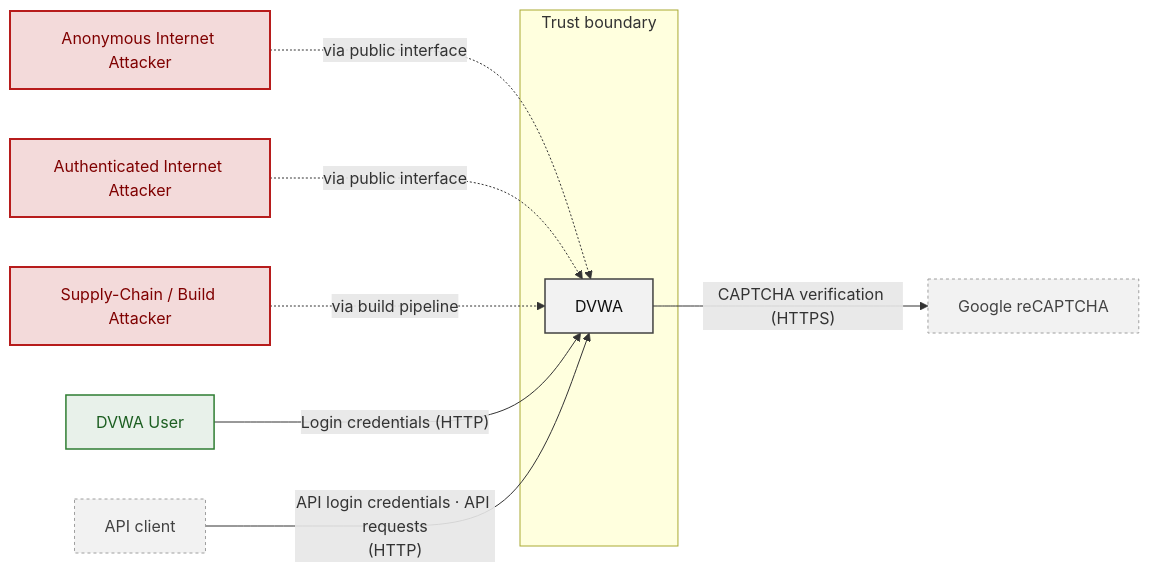
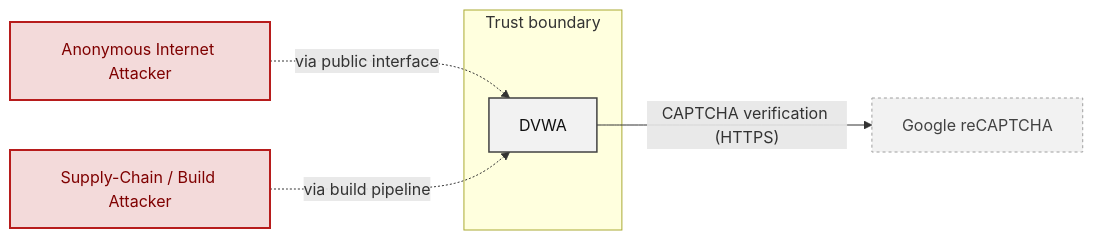
The second of 15 diagrams in dvwa/security-assessment-dvwa-thorough-0.1.0.md (appsec-foundry/appsec-analyzer-examples), drawn with Mermaid before and after one commit. The commit also changed other lines of this file and 7 other files, not shown here.

````diff
--- a/dvwa/security-assessment-dvwa-thorough-0.1.0.md
+++ b/dvwa/security-assessment-dvwa-thorough-0.1.0.md
@@ -294,29 +318,19 @@
 ```mermaid
 flowchart LR
     A0["Anonymous Internet Attacker"]
-    A1["Authenticated Internet Attacker"]
-    A2["Supply-Chain / Build Attacker"]
-    R3["DVWA User"]
+    A1["Supply-Chain / Build Attacker"]
     subgraph TBEDGE["Trust boundary"]
         SYSTEM["DVWA"]
     end
-    E0["API client"]
-    E1["Google reCAPTCHA"]
+    E0["Google reCAPTCHA"]
     A0 -.->|"via public interface"| SYSTEM
-    A1 -.->|"via public interface"| SYSTEM
-    A2 -.->|"via build pipeline"| SYSTEM
-    R3 -->|"Login credentials (HTTP)"| SYSTEM
-    E0 -->|"API login credentials · API requests<br/>(HTTP)"| SYSTEM
-    SYSTEM -->|"CAPTCHA verification (HTTPS)"| E1
-    classDef user     fill:#e8f1ea,stroke:#2e7d32,color:#1b5e20,stroke-width:1.5px
+    A1 -.->|"via build pipeline"| SYSTEM
+    SYSTEM -->|"CAPTCHA verification (HTTPS)"| E0
     classDef attacker fill:#f3dada,stroke:#b71c1c,color:#7f0000,stroke-width:2px
     classDef sys      fill:#f2f2f2,stroke:#424242,color:#111,stroke-width:1.5px
     classDef ext      fill:#f2f2f2,stroke:#9e9e9e,color:#424242,stroke-dasharray:3 3,stroke-width:1px
     class A0 attacker
     class A1 attacker
-    class A2 attacker
-    class R3 user
     class E0 ext
-    class E1 ext
     class SYSTEM sys
 ```
````
